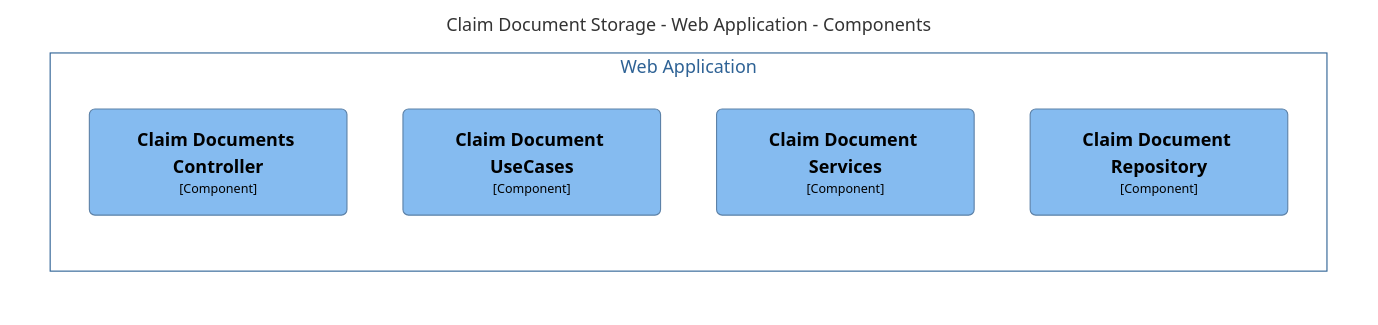
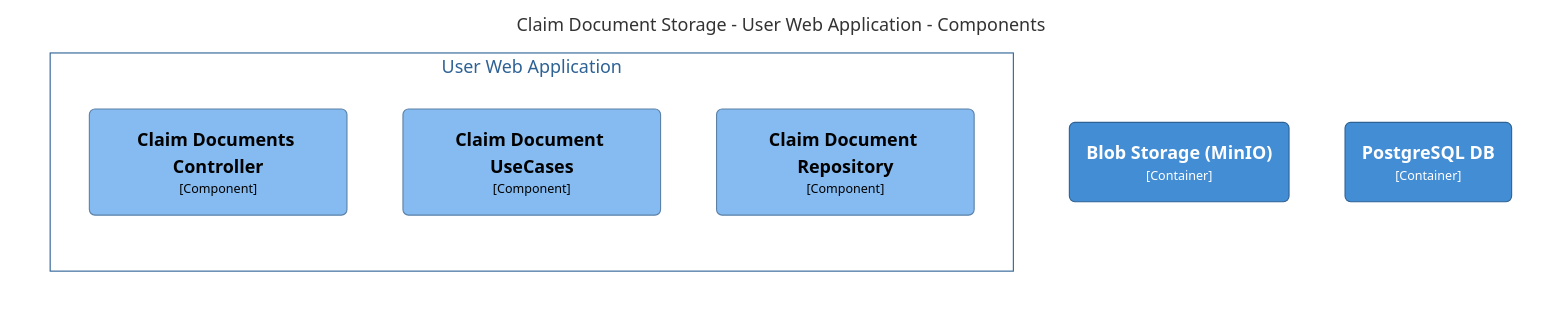
The third of 9 diagrams in workspace.md (hubignite/testrepo), drawn with Mermaid before and after one commit. The commit also changed other lines of this file and 6 other files, not shown here.

Commit message:
refreshed dsl, splitted user webapp and adminwebapp diagrams

````diff
--- a/workspace.md
+++ b/workspace.md
@@ -65,22 +70,25 @@
 ```mermaid
 graph LR
   linkStyle default fill:#ffffff stroke:0
 
-  subgraph diagram ["Claim Document Storage - Web Application - Components"]
+  subgraph diagram ["Claim Document Storage - User Web Application - Components"]
     style diagram fill:#ffffff,stroke:#ffffff
 
-    subgraph 4 ["Web Application"]
+    12("<div style='font-weight: bold'>Blob Storage (MinIO)</div><div style='font-size: 70%; margin-top: 0px'>[Container]</div>")
+    style 12 fill:#438dd5,stroke:#2e6295,color:#ffffff
+    14("<div style='font-weight: bold'>PostgreSQL DB</div><div style='font-size: 70%; margin-top: 0px'>[Container]</div>")
+    style 14 fill:#438dd5,stroke:#2e6295,color:#ffffff
+
+    subgraph 4 ["User Web Application"]
       style 4 fill:#ffffff,stroke:#2e6295,color:#2e6295
 
       5("<div style='font-weight: bold'>Claim Documents Controller</div><div style='font-size: 70%; margin-top: 0px'>[Component]</div>")
       style 5 fill:#85bbf0,stroke:#5d82a8,color:#000000
       6("<div style='font-weight: bold'>Claim Document UseCases</div><div style='font-size: 70%; margin-top: 0px'>[Component]</div>")
       style 6 fill:#85bbf0,stroke:#5d82a8,color:#000000
-      7("<div style='font-weight: bold'>Claim Document Services</div><div style='font-size: 70%; margin-top: 0px'>[Component]</div>")
+      7("<div style='font-weight: bold'>Claim Document Repository</div><div style='font-size: 70%; margin-top: 0px'>[Component]</div>")
       style 7 fill:#85bbf0,stroke:#5d82a8,color:#000000
-      8("<div style='font-weight: bold'>Claim Document Repository</div><div style='font-size: 70%; margin-top: 0px'>[Component]</div>")
-      style 8 fill:#85bbf0,stroke:#5d82a8,color:#000000
     end
 
   end
 ```
````
